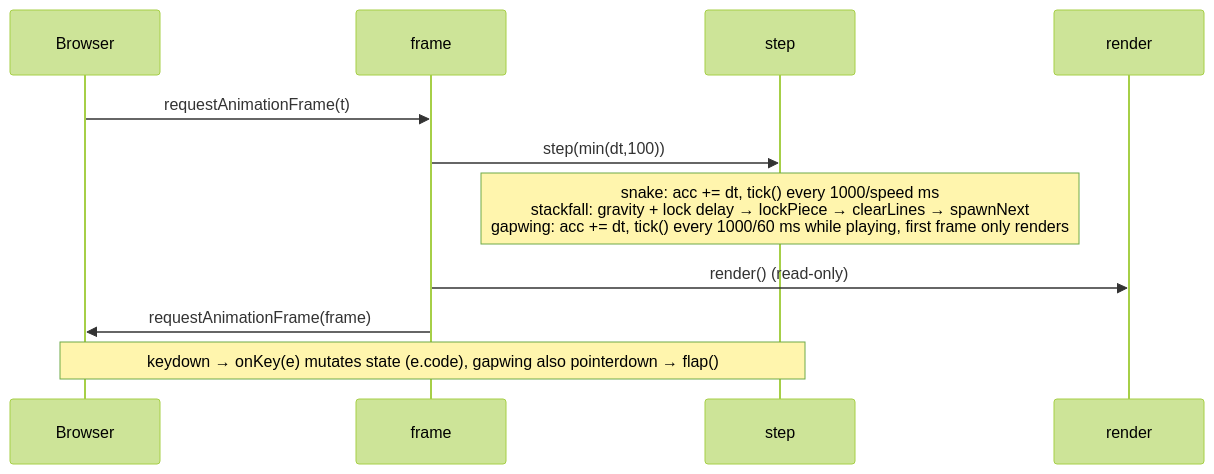
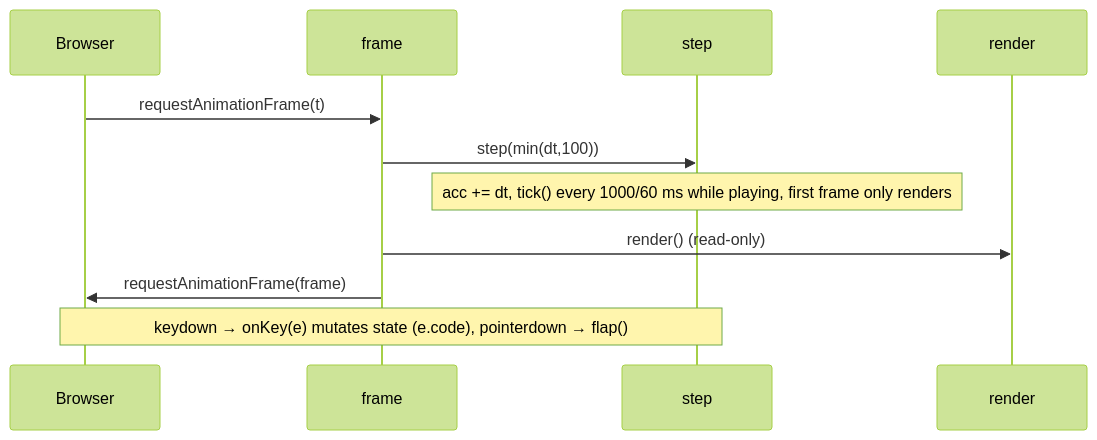
One commit to KPharcos/retro-games changed the second of 3 diagrams in docs/CODEBASE_MAP.md. Above: the diagram before and after it, drawn with Mermaid (forest theme). The commit also changed other lines of this file and 8 other files, not shown here.

First line of the commit message:
Drop Snake and Stackfall, keep only Gapwing

````diff
--- a/docs/CODEBASE_MAP.md
+++ b/docs/CODEBASE_MAP.md
@@ -232,13 +155,13 @@
 ```mermaid
 sequenceDiagram
     participant Browser
     participant frame
     participant step
     participant render
     Browser->>frame: requestAnimationFrame(t)
     frame->>step: step(min(dt,100))
-    Note over step: snake: acc += dt, tick() every 1000/speed ms<br/>stackfall: gravity + lock delay → lockPiece → clearLines → spawnNext<br/>gapwing: acc += dt, tick() every 1000/60 ms while playing, first frame only renders
+    Note over step: acc += dt, tick() every 1000/60 ms while playing, first frame only renders
     frame->>render: render() (read-only)
     frame->>Browser: requestAnimationFrame(frame)
-    Note over Browser,step: keydown → onKey(e) mutates state (e.code), gapwing also pointerdown → flap()
+    Note over Browser,step: keydown → onKey(e) mutates state (e.code), pointerdown → flap()
 ```
````
